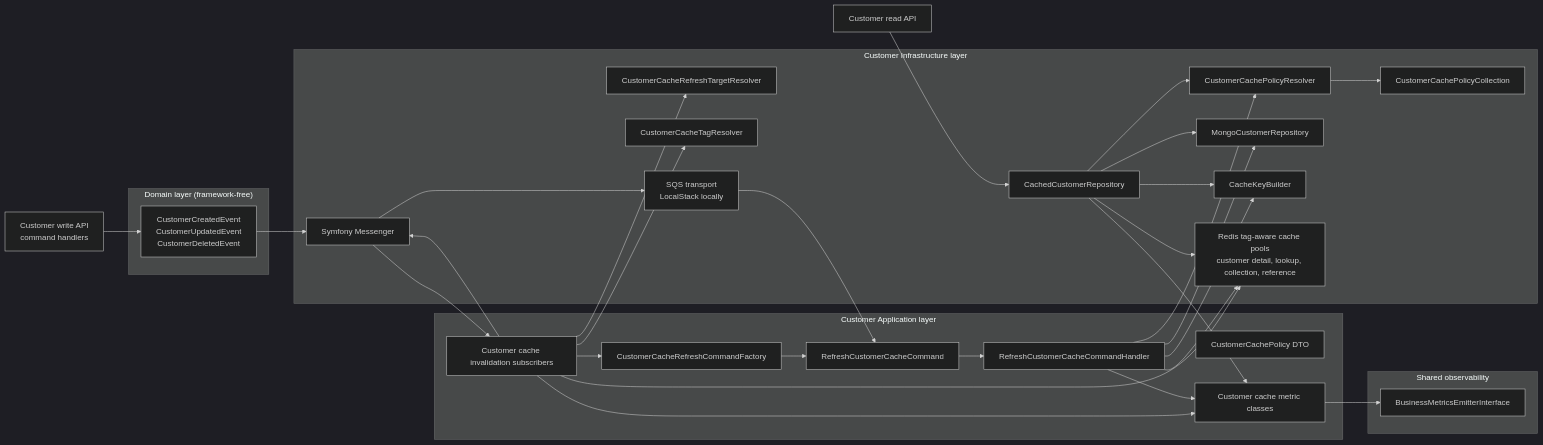
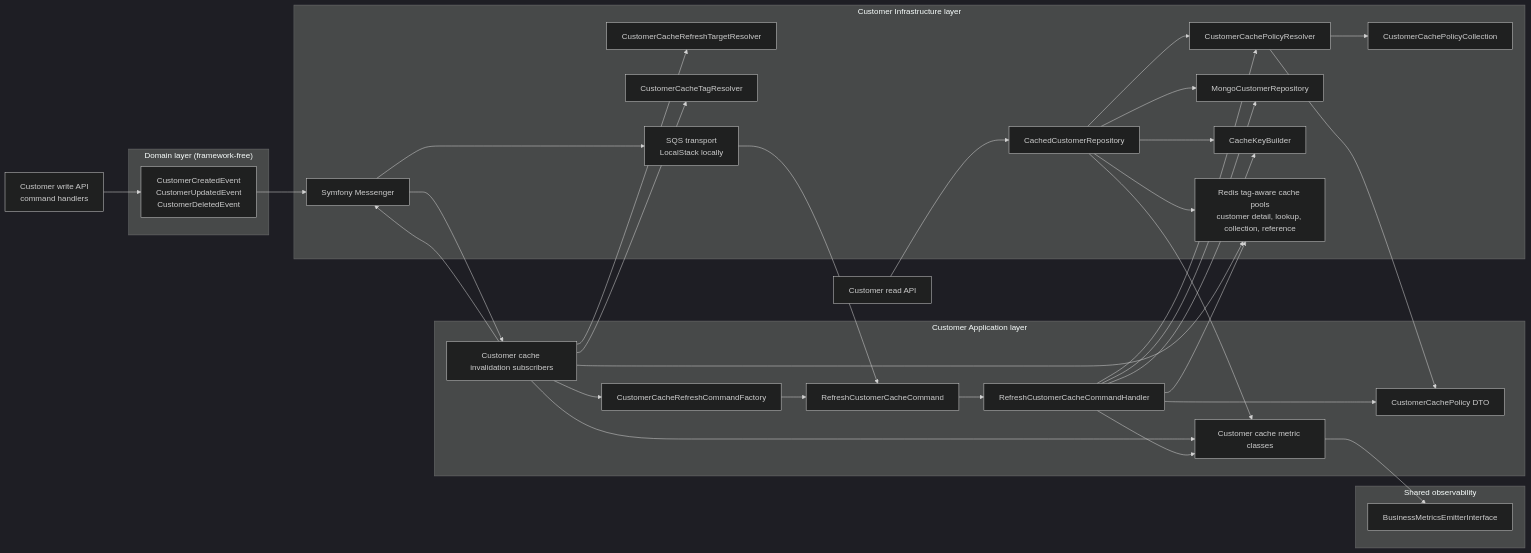
One commit to VilnaCRM-Org/core-service changed the diagram in specs/issue-176-async-cache-refresh/architecture.md. Above: the diagram before and after it, drawn with Mermaid (dark theme). The commit also changed 1 other file, not shown here.

Commit message:
docs: address planning review feedback

````diff
--- a/specs/issue-176-async-cache-refresh/architecture.md
+++ b/specs/issue-176-async-cache-refresh/architecture.md
@@ -20,61 +20,63 @@
 ```mermaid
 flowchart LR
     subgraph Domain["Domain layer (framework-free)"]
         DomainEvents["CustomerCreatedEvent\nCustomerUpdatedEvent\nCustomerDeletedEvent"]
     end
 
     subgraph Application["Customer Application layer"]
         Subscribers["Customer cache invalidation subscribers"]
         CommandFactory["CustomerCacheRefreshCommandFactory"]
         RefreshCommand["RefreshCustomerCacheCommand"]
         RefreshHandler["RefreshCustomerCacheCommandHandler"]
         PolicyDto["CustomerCachePolicy DTO"]
         Metrics["Customer cache metric classes"]
     end
 
     subgraph Infrastructure["Customer Infrastructure layer"]
         PolicyCollection["CustomerCachePolicyCollection"]
         PolicyResolver["CustomerCachePolicyResolver"]
         TargetResolver["CustomerCacheRefreshTargetResolver"]
         CachedRepo["CachedCustomerRepository"]
         InnerRepo["MongoCustomerRepository"]
         TagResolver["CustomerCacheTagResolver"]
         KeyBuilder["CacheKeyBuilder"]
         CachePools["Redis tag-aware cache pools\ncustomer detail, lookup, collection, reference"]
         Messenger["Symfony Messenger"]
         Sqs["SQS transport\nLocalStack locally"]
     end
 
     subgraph Observability["Shared observability"]
         Emitter["BusinessMetricsEmitterInterface"]
     end
 
     WriteApi["Customer write API\ncommand handlers"] --> DomainEvents
     DomainEvents --> Messenger
     Messenger --> Subscribers
     Subscribers --> TagResolver
     Subscribers --> CachePools
     Subscribers --> TargetResolver
     Subscribers --> CommandFactory
     CommandFactory --> RefreshCommand
     Subscribers --> Messenger
     Messenger --> Sqs
     Sqs --> RefreshCommand
     RefreshCommand --> RefreshHandler
     RefreshHandler --> PolicyResolver
     PolicyResolver --> PolicyCollection
+    PolicyResolver --> PolicyDto
+    RefreshHandler --> PolicyDto
     RefreshHandler --> InnerRepo
     RefreshHandler --> KeyBuilder
     RefreshHandler --> CachePools
 
     ReadApi["Customer read API"] --> CachedRepo
     CachedRepo --> PolicyResolver
     CachedRepo --> KeyBuilder
     CachedRepo --> CachePools
     CachedRepo --> InnerRepo
 
     CachedRepo --> Metrics
     Subscribers --> Metrics
     RefreshHandler --> Metrics
     Metrics --> Emitter
 ```
````
